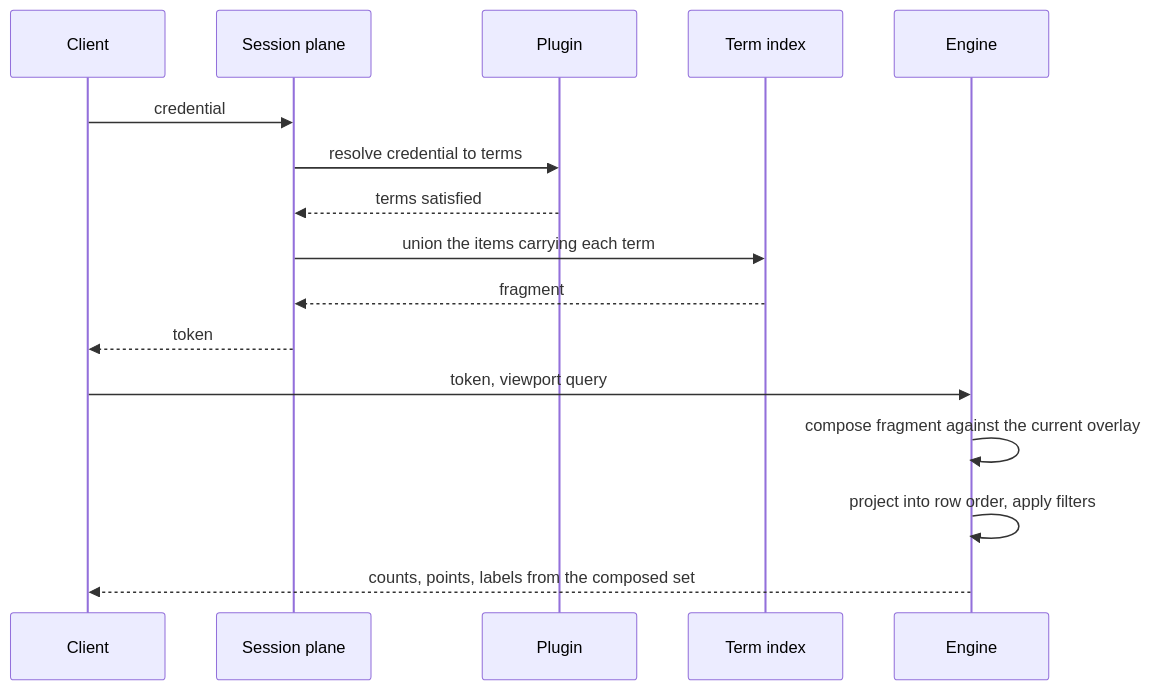
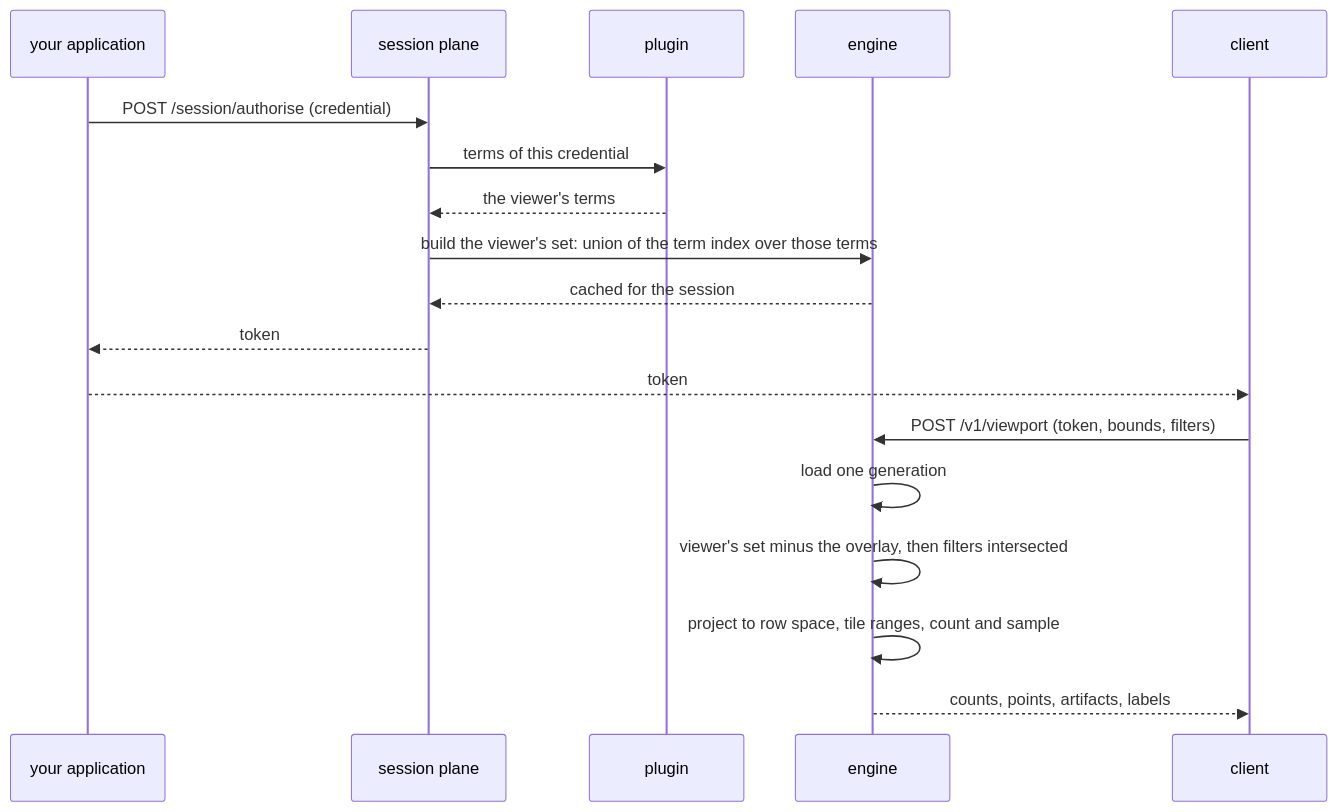
The diagram in docs/system/access-control.md (jennis0/tesseradb), drawn with Mermaid before and after one commit. The commit also changed other lines of this file, not shown here.

Commit message:
docs(system): access control: cross-reference filler and an unbuilt resharding claim removed; diagram redrawn

````diff
--- a/docs/system/access-control.md
+++ b/docs/system/access-control.md
@@ -8,19 +8,21 @@
 ```mermaid
 sequenceDiagram
-  participant Client
-  participant Session as Session plane
-  participant Plugin
-  participant Terms as Term index
-  participant Engine
+  participant A as your application
+  participant S as session plane
+  participant P as plugin
+  participant E as engine
+  participant C as client
 
-  Client->>Session: credential
-  Session->>Plugin: resolve credential to terms
-  Plugin-->>Session: terms satisfied
-  Session->>Terms: union the items carrying each term
-  Terms-->>Session: fragment
-  Session-->>Client: token
-  Client->>Engine: token, viewport query
-  Engine->>Engine: compose fragment against the current overlay
-  Engine->>Engine: project into row order, apply filters
-  Engine-->>Client: counts, points, labels from the composed set
+  A->>S: POST /session/authorise (credential)
+  S->>P: terms of this credential
+  P-->>S: the viewer's terms
+  S->>E: build the viewer's set: union of the term index over those terms
+  E-->>S: cached for the session
+  S-->>A: token
+  A-->>C: token
+  C->>E: POST /v1/viewport (token, bounds, filters)
+  E->>E: load one generation
+  E->>E: viewer's set minus the overlay, then filters intersected
+  E->>E: project to row space, tile ranges, count and sample
+  E-->>C: counts, points, artifacts, labels
 ```
````
